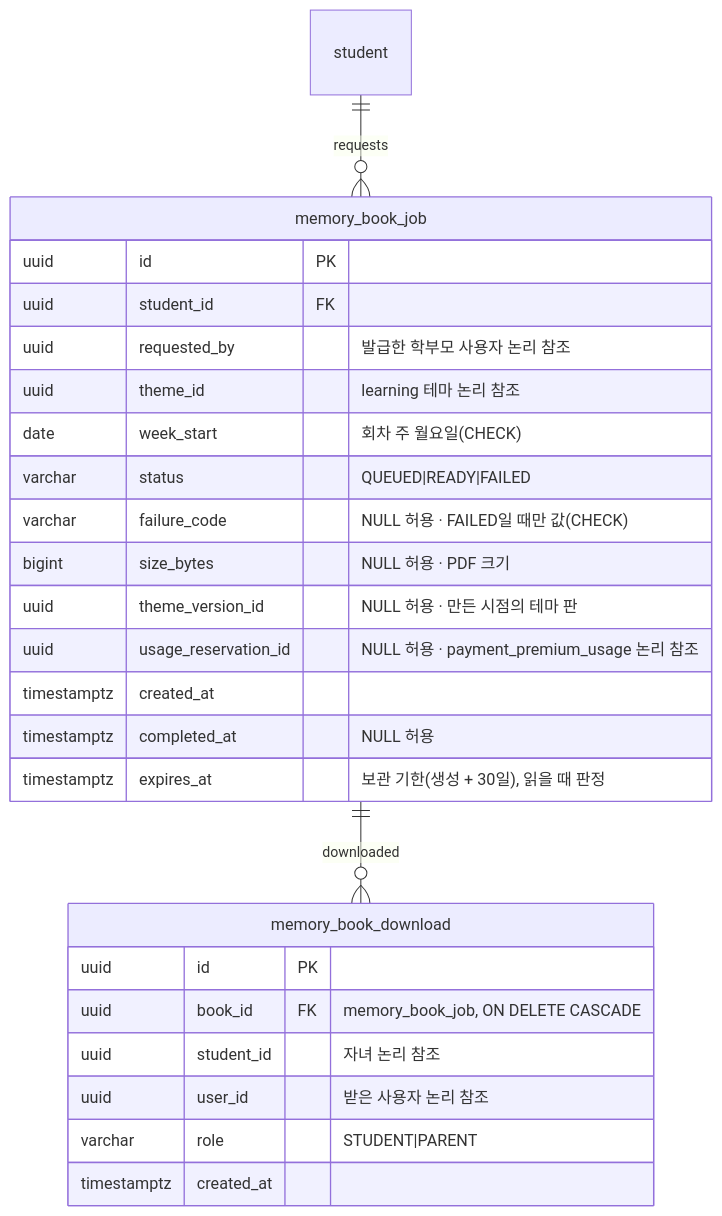
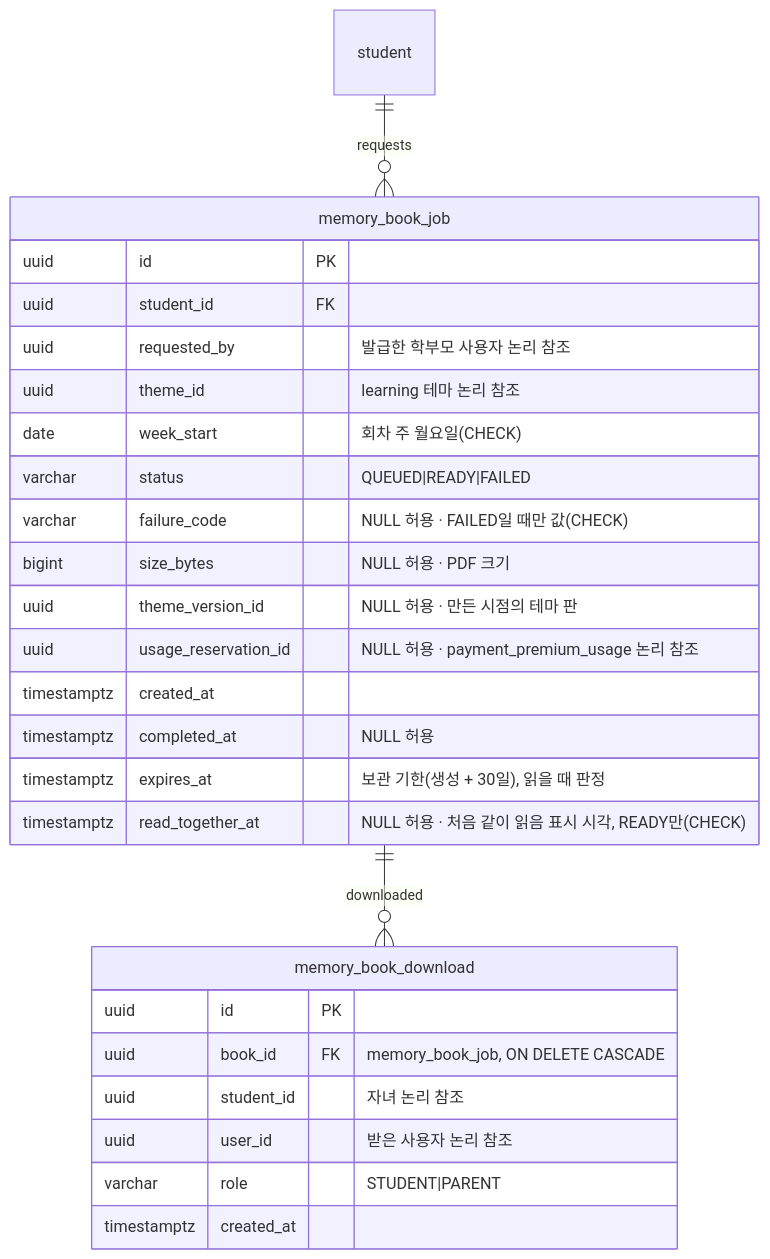
Before and after one commit to SKNETWORKS-FAMILY-AICAMP/SKN34-FINAL-3TEAM: the ninth of 18 diagrams in docs/design/erd.md, drawn with Mermaid. The commit also changed other lines of this file and 22 other files, not shown here.

````diff
--- a/docs/design/erd.md
+++ b/docs/design/erd.md
@@ -978,28 +978,29 @@
 ```mermaid
 erDiagram
   student ||--o{ memory_book_job : requests
   memory_book_job ||--o{ memory_book_download : downloaded
   memory_book_job {
     uuid id PK
     uuid student_id FK
     uuid requested_by "발급한 학부모 사용자 논리 참조"
     uuid theme_id "learning 테마 논리 참조"
     date week_start "회차 주 월요일(CHECK)"
     varchar status "QUEUED|READY|FAILED"
     varchar failure_code "NULL 허용 · FAILED일 때만 값(CHECK)"
     bigint size_bytes "NULL 허용 · PDF 크기"
     uuid theme_version_id "NULL 허용 · 만든 시점의 테마 판"
     uuid usage_reservation_id "NULL 허용 · payment_premium_usage 논리 참조"
     timestamptz created_at
     timestamptz completed_at "NULL 허용"
     timestamptz expires_at "보관 기한(생성 + 30일), 읽을 때 판정"
+    timestamptz read_together_at "NULL 허용 · 처음 같이 읽음 표시 시각, READY만(CHECK)"
   }
   memory_book_download {
     uuid id PK
     uuid book_id FK "memory_book_job, ON DELETE CASCADE"
     uuid student_id "자녀 논리 참조"
     uuid user_id "받은 사용자 논리 참조"
     varchar role "STUDENT|PARENT"
     timestamptz created_at
   }
 ```
````
